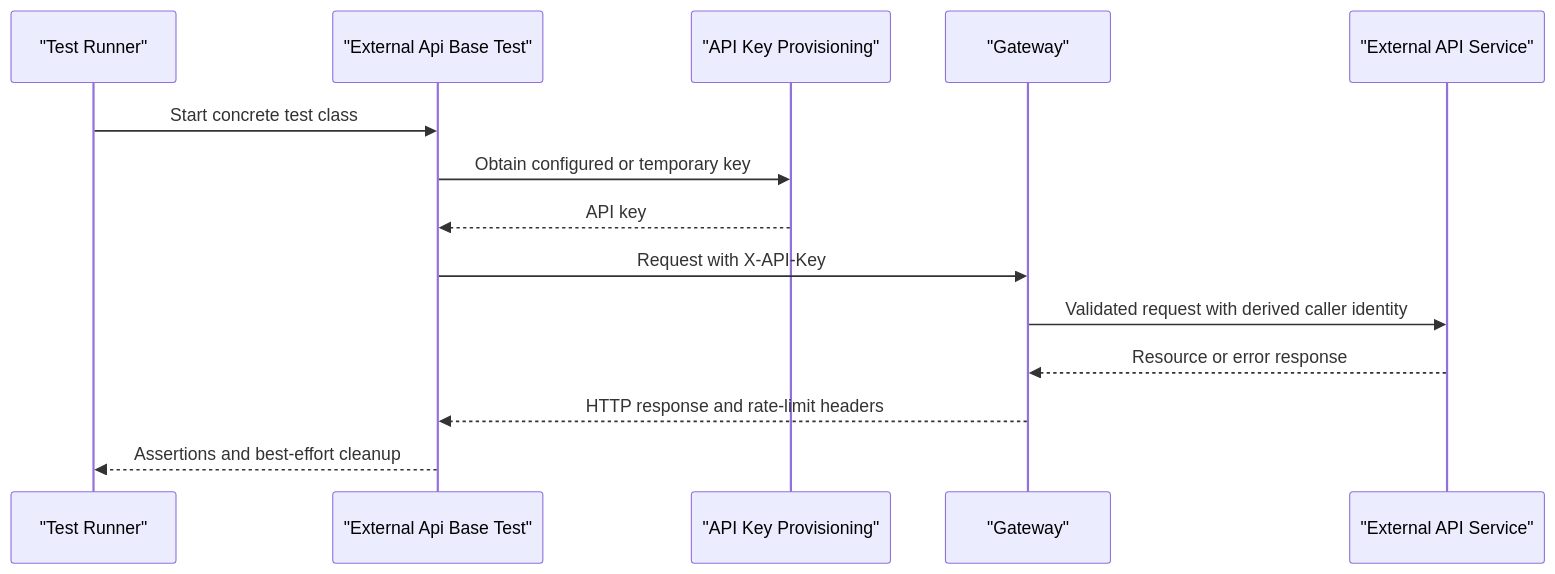
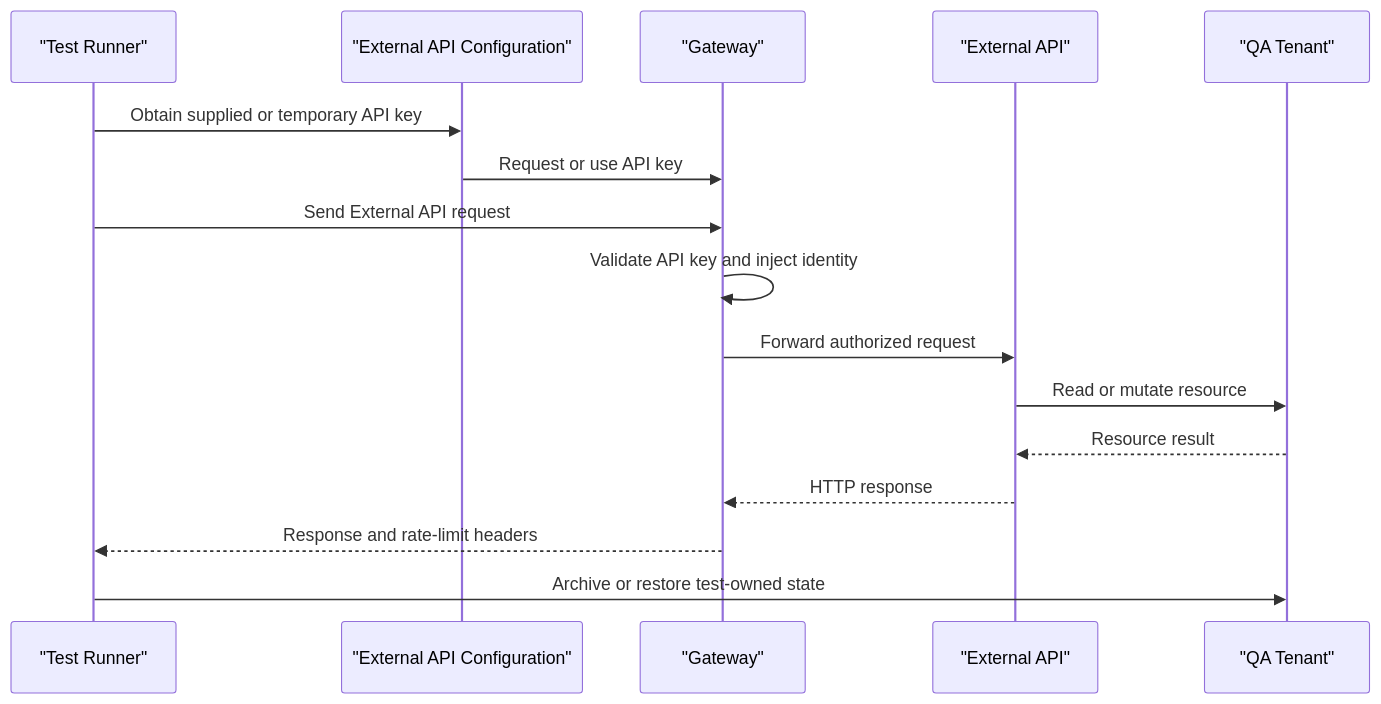
The diagram in docs/diagrams/architecture/external-api-tests-2.mmd (flamingo-stack/openframe-oss-tenant), drawn with Mermaid before and after one commit. The commit also changed 2377 other files, not shown here.

```diff
--- a/docs/diagrams/architecture/external-api-tests-2.mmd
+++ b/docs/diagrams/architecture/external-api-tests-2.mmd
@@ -1,15 +1,17 @@
 sequenceDiagram
     participant Runner as "Test Runner"
-    participant Base as "External Api Base Test"
-    participant Key as "API Key Provisioning"
+    participant Config as "External API Configuration"
     participant Gateway as "Gateway"
-    participant Service as "External API Service"
+    participant Api as "External API"
+    participant Tenant as "QA Tenant"
 
-    Runner->>Base: Start concrete test class
-    Base->>Key: Obtain configured or temporary key
-    Key-->>Base: API key
-    Base->>Gateway: Request with X-API-Key
-    Gateway->>Service: Validated request with derived caller identity
-    Service-->>Gateway: Resource or error response
-    Gateway-->>Base: HTTP response and rate-limit headers
-    Base-->>Runner: Assertions and best-effort cleanup
+    Runner->>Config: Obtain supplied or temporary API key
+    Config->>Gateway: Request or use API key
+    Runner->>Gateway: Send External API request
+    Gateway->>Gateway: Validate API key and inject identity
+    Gateway->>Api: Forward authorized request
+    Api->>Tenant: Read or mutate resource
+    Tenant-->>Api: Resource result
+    Api-->>Gateway: HTTP response
+    Gateway-->>Runner: Response and rate-limit headers
+    Runner->>Tenant: Archive or restore test-owned state
```
